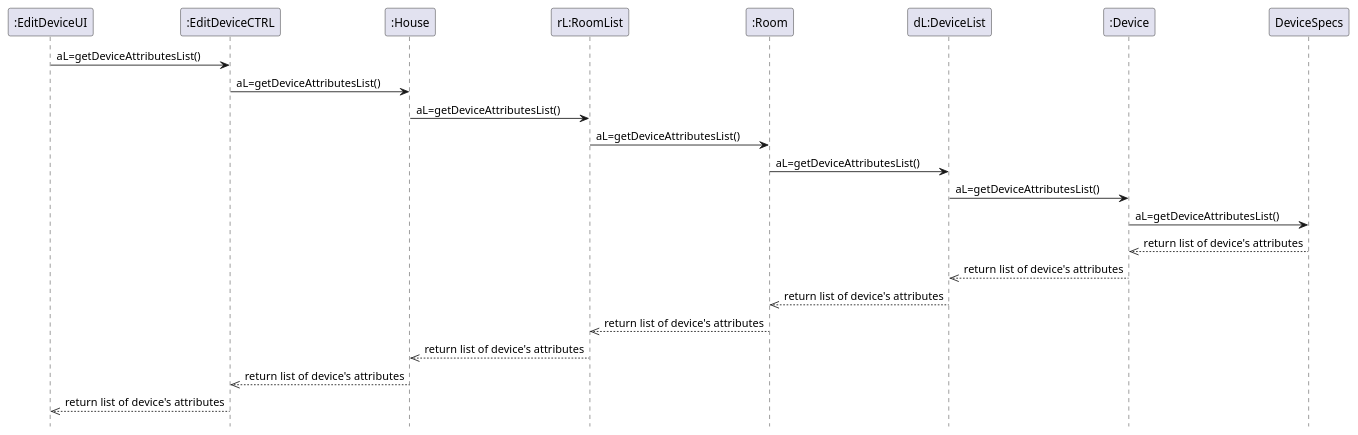
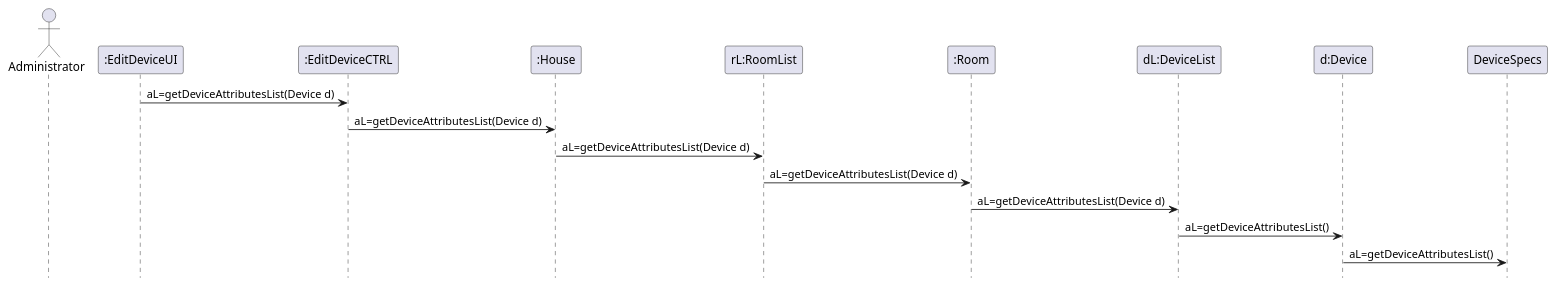
The diagram in src/main/java/smarthome/uml/sequencediagrams/EditDeviceSequenceRef2.puml (emanuel-pereira/hou), drawn with PlantUML before and after one commit. The commit also changed 7 other files, not shown here.

Commit message:
Correction of diagrams: Domain Model, EditDevice Sequence Diagram and Class Diagram, EnergyConsumptionOfWaterHeating Sequence Diagram

```diff
--- a/src/main/java/smarthome/uml/sequencediagrams/EditDeviceSequenceRef2.puml
+++ b/src/main/java/smarthome/uml/sequencediagrams/EditDeviceSequenceRef2.puml
@@ -1,20 +1,14 @@
 @startuml
 hidefootbox
 
-":EditDeviceUI" -> ":EditDeviceCTRL": aL=getDeviceAttributesList()
-":EditDeviceCTRL" -> ":House": aL=getDeviceAttributesList()
-":House" -> "rL:RoomList": aL=getDeviceAttributesList()
-"rL:RoomList" -> ":Room": aL=getDeviceAttributesList()
-":Room" -> "dL:DeviceList": aL=getDeviceAttributesList()
-"dL:DeviceList" -> ":Device": aL=getDeviceAttributesList()
-":Device" -> "DeviceSpecs": aL=getDeviceAttributesList()
+actor Administrator
+":EditDeviceUI" -> ":EditDeviceCTRL": aL=getDeviceAttributesList(Device d)
+":EditDeviceCTRL" -> ":House": aL=getDeviceAttributesList(Device d)
+":House" -> "rL:RoomList": aL=getDeviceAttributesList(Device d)
+"rL:RoomList" -> ":Room": aL=getDeviceAttributesList(Device d)
+":Room" -> "dL:DeviceList": aL=getDeviceAttributesList(Device d)
+"dL:DeviceList" -> "d:Device": aL=getDeviceAttributesList()
+"d:Device" -> "DeviceSpecs": aL=getDeviceAttributesList()
 
-"DeviceSpecs" -->> ":Device": return list of device's attributes
-":Device" -->>  "dL:DeviceList":return list of device's attributes
-"dL:DeviceList" -->> ":Room":return list of device's attributes
-":Room" -->> "rL:RoomList":return list of device's attributes
-"rL:RoomList" -->> ":House":return list of device's attributes
-":House" -->> ":EditDeviceCTRL":return list of device's attributes
-":EditDeviceCTRL" -->> ":EditDeviceUI":return list of device's attributes
 
 @enduml
```
